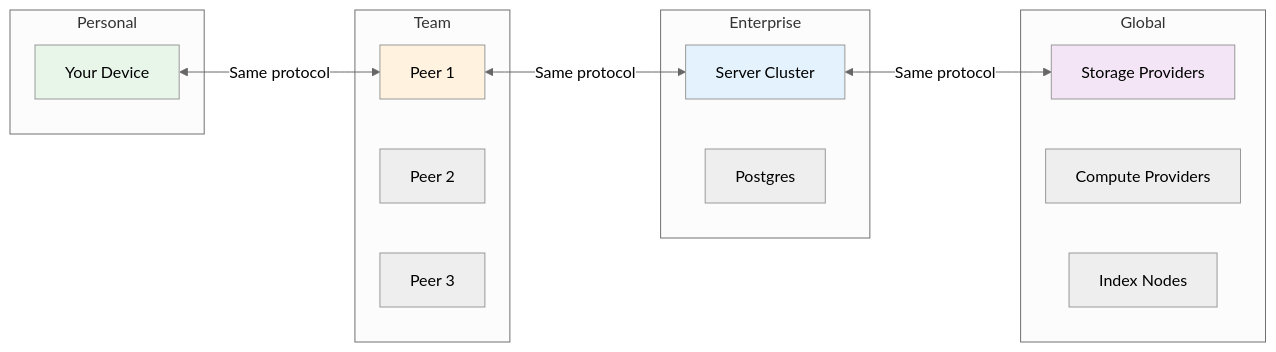
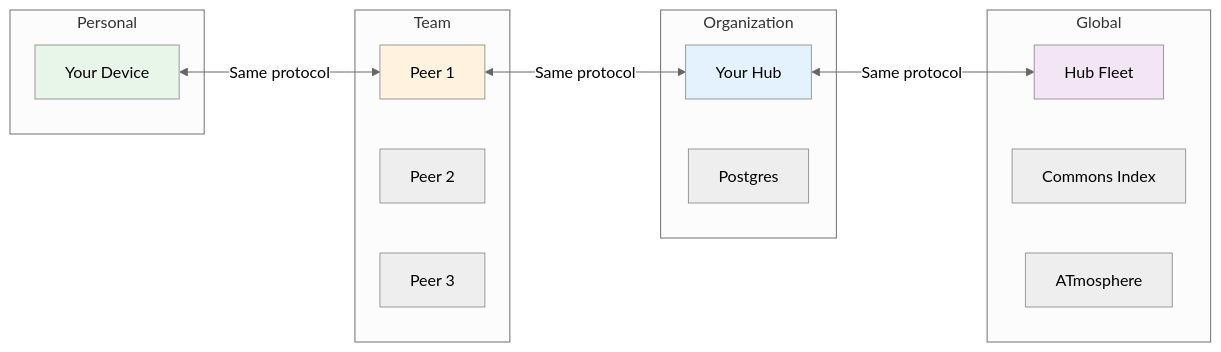
Before and after one commit to crs48/xNet: the fifth of 5 diagrams in docs/VISION.md, drawn with Mermaid (neutral theme). The commit also changed other lines of this file, not shown here.

First line of the commit message:
docs: refresh VISION.md to v2.0 — AI under glass, ATmosphere, commons Index, essay weave

````diff
--- a/docs/VISION.md
+++ b/docs/VISION.md
@@ -343,32 +443,32 @@
 ```mermaid
 graph LR
     subgraph "Personal"
         P1[Your Device]
     end
 
     subgraph "Team"
         T1[Peer 1]
         T2[Peer 2]
         T3[Peer 3]
     end
 
-    subgraph "Enterprise"
-        E1[Server Cluster]
+    subgraph "Organization"
+        E1[Your Hub]
         E2[Postgres]
     end
 
     subgraph "Global"
-        G1[Storage Providers]
-        G2[Compute Providers]
-        G3[Index Nodes]
+        G1[Hub Fleet]
+        G2[Commons Index]
+        G3[ATmosphere]
     end
 
     P1 <-->|"Same protocol"| T1
     T1 <-->|"Same protocol"| E1
     E1 <-->|"Same protocol"| G1
 
     style P1 fill:#e8f5e9
     style T1 fill:#fff3e0
     style E1 fill:#e3f2fd
     style G1 fill:#f3e5f5
 ```
````
